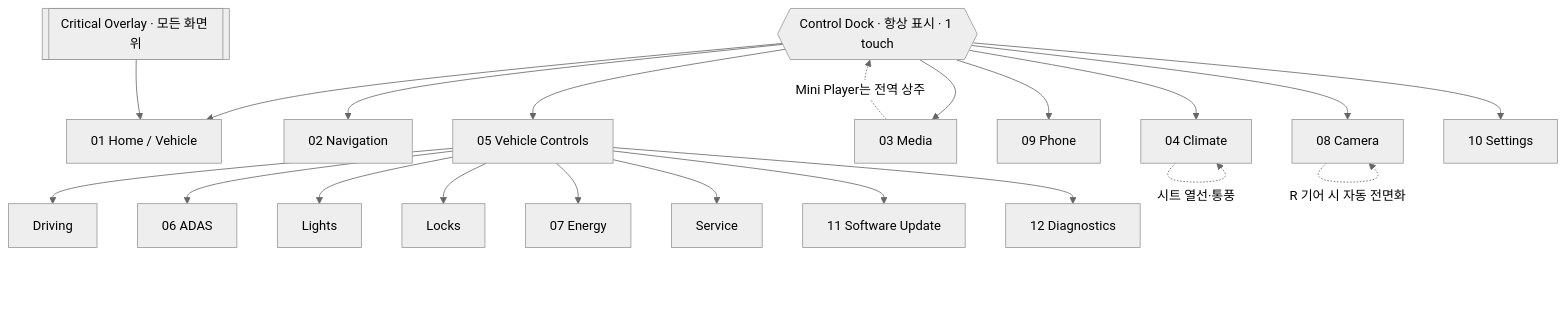
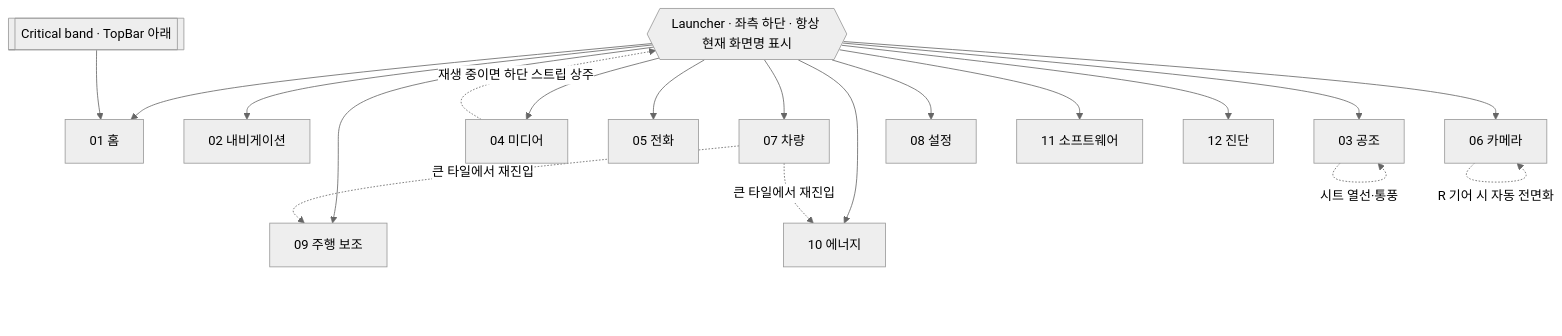
Before and after one commit to oas-ai/ohayessOS: the diagram in apps/hmi/design/00-UX-ARCHITECTURE.md, drawn with Mermaid (neutral theme). The commit also changed other lines of this file and 7 other files, not shown here.

````diff
--- a/apps/hmi/design/00-UX-ARCHITECTURE.md
+++ b/apps/hmi/design/00-UX-ARCHITECTURE.md
@@ -71,27 +72,24 @@
 ```mermaid
 flowchart TD
-  Dock{{Control Dock · 항상 표시 · 1 touch}}
-  Dock --> H[01 Home / Vehicle]
-  Dock --> N[02 Navigation]
-  Dock --> C[04 Climate]
-  Dock --> M[03 Media]
-  Dock --> P[09 Phone]
-  Dock --> CAM[08 Camera]
-  Dock --> V[05 Vehicle Controls]
-  Dock --> S[10 Settings]
+  L{{Launcher · 좌측 하단 · 항상 현재 화면명 표시}}
+  L --> H[01 홈]
+  L --> N[02 내비게이션]
+  L --> C[03 공조]
+  L --> M[04 미디어]
+  L --> P[05 전화]
+  L --> CAM[06 카메라]
+  L --> V[07 차량]
+  L --> S[08 설정]
+  L --> A[09 주행 보조]
+  L --> E[10 에너지]
+  L --> U[11 소프트웨어]
+  L --> D[12 진단]
 
-  V --> VD[Driving]
-  V --> VA[06 ADAS]
-  V --> VL[Lights]
-  V --> VK[Locks]
-  V --> VE[07 Energy]
-  V --> VS[Service]
-  V --> VU[11 Software Update]
-  V --> VG[12 Diagnostics]
-
+  V -.큰 타일에서 재진입.-> A
+  V -.큰 타일에서 재진입.-> E
   C -.시트 열선·통풍.-> C
-  M -.Mini Player는 전역 상주.-> Dock
+  M -.재생 중이면 하단 스트립 상주.-> L
   CAM -.R 기어 시 자동 전면화.-> CAM
 
-  Alert[[Critical Overlay · 모든 화면 위]] --> H
+  Alert[[Critical band · TopBar 아래]] --> H
 ```
````
